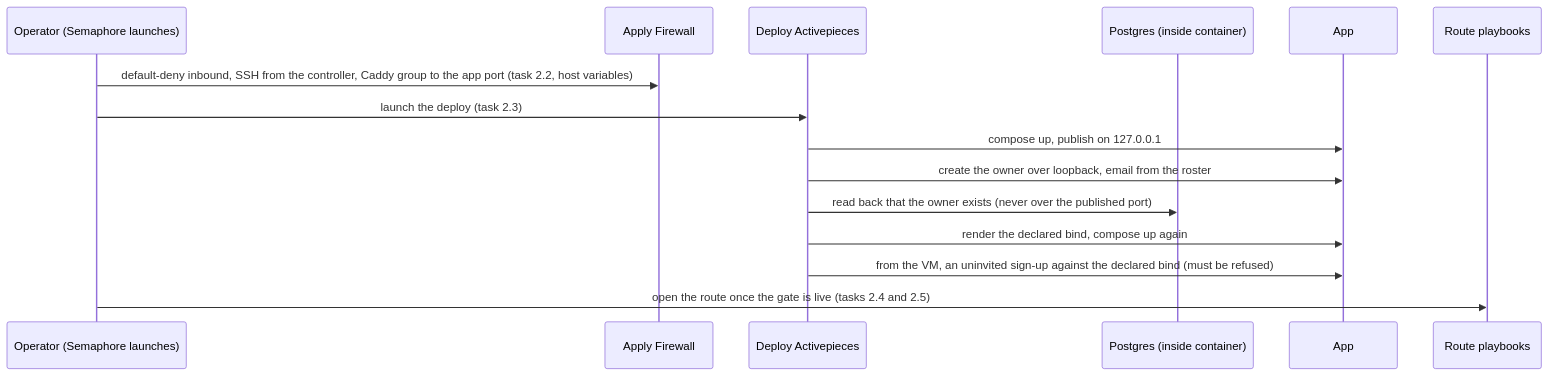
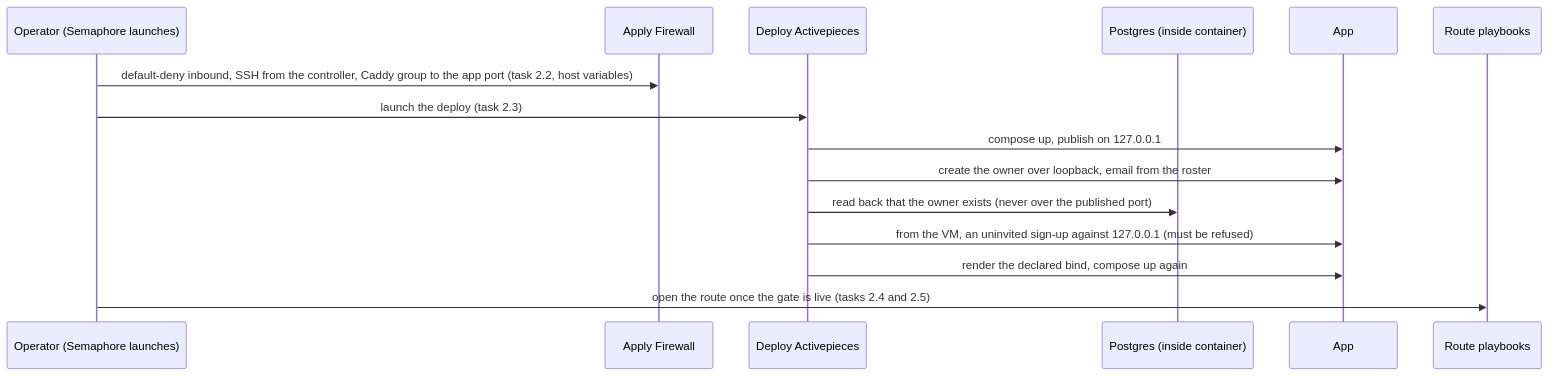
Before and after one commit to uhstray-io/agent-cloud: the second of 2 diagrams in plan/development/26-activepieces.md, drawn with Mermaid. The commit also changed other lines of this file and 2 other files, not shown here.

Commit message:
docs(plan): sign-up probe before the bind opens, O12 sign-in, worker secret scope, wildcard bind refused [AC-769]

````diff
--- a/plan/development/26-activepieces.md
+++ b/plan/development/26-activepieces.md
@@ -157,17 +157,17 @@
 ```mermaid
 sequenceDiagram
     participant O as Operator (Semaphore launches)
     participant F as Apply Firewall
     participant S as Deploy Activepieces
     participant D as Postgres (inside container)
     participant A as App
     participant C as Route playbooks
     O->>F: default-deny inbound, SSH from the controller, Caddy group to the app port (task 2.2, host variables)
     O->>S: launch the deploy (task 2.3)
     S->>A: compose up, publish on 127.0.0.1
     S->>A: create the owner over loopback, email from the roster
     S->>D: read back that the owner exists (never over the published port)
+    S->>A: from the VM, an uninvited sign-up against 127.0.0.1 (must be refused)
     S->>A: render the declared bind, compose up again
-    S->>A: from the VM, an uninvited sign-up against the declared bind (must be refused)
     O->>C: open the route once the gate is live (tasks 2.4 and 2.5)
 ```
````
